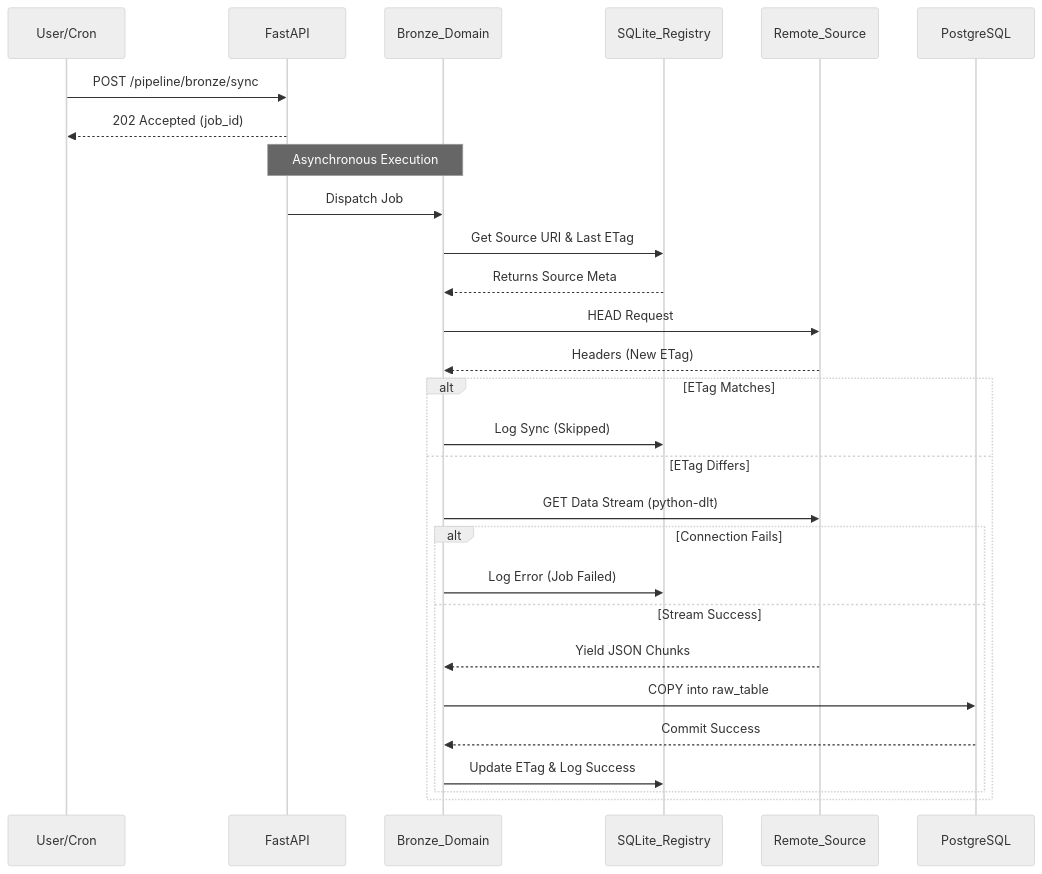
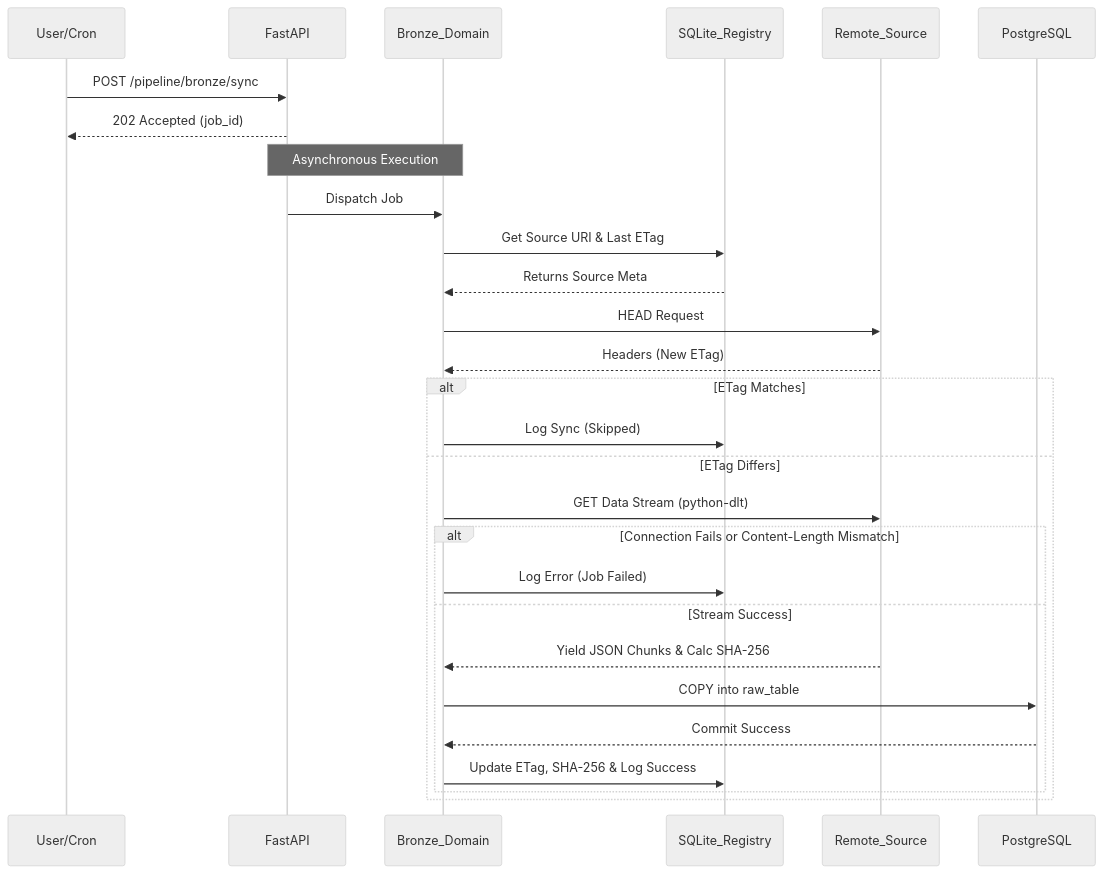
Before and after one commit to mnaatjes/elite-etl: the second of 2 diagrams in docs/explanation/master-etl-workflow.md, drawn with Mermaid (neutral theme). The commit also changed other lines of this file and 1 other file, not shown here.

````diff
--- a/docs/explanation/master-etl-workflow.md
+++ b/docs/explanation/master-etl-workflow.md
@@ -83,36 +83,36 @@
 ```mermaid
 sequenceDiagram
     participant User/Cron
     participant FastAPI
     participant Bronze_Domain
     participant SQLite_Registry
     participant Remote_Source
     participant PostgreSQL
 
     User/Cron->>FastAPI: POST /pipeline/bronze/sync
     FastAPI-->>User/Cron: 202 Accepted (job_id)
     
     Note over FastAPI, Bronze_Domain: Asynchronous Execution
     FastAPI->>Bronze_Domain: Dispatch Job
     
     Bronze_Domain->>SQLite_Registry: Get Source URI & Last ETag
     SQLite_Registry-->>Bronze_Domain: Returns Source Meta
     
     Bronze_Domain->>Remote_Source: HEAD Request
     Remote_Source-->>Bronze_Domain: Headers (New ETag)
     
     alt ETag Matches
         Bronze_Domain->>SQLite_Registry: Log Sync (Skipped)
     else ETag Differs
         Bronze_Domain->>Remote_Source: GET Data Stream (python-dlt)
         
-        alt Connection Fails
+        alt Connection Fails or Content-Length Mismatch
             Bronze_Domain->>SQLite_Registry: Log Error (Job Failed)
         else Stream Success
-            Remote_Source-->>Bronze_Domain: Yield JSON Chunks
+            Remote_Source-->>Bronze_Domain: Yield JSON Chunks & Calc SHA-256
             Bronze_Domain->>PostgreSQL: COPY into raw_table
             PostgreSQL-->>Bronze_Domain: Commit Success
-            Bronze_Domain->>SQLite_Registry: Update ETag & Log Success
+            Bronze_Domain->>SQLite_Registry: Update ETag, SHA-256 & Log Success
         end
     end
 ```
````
